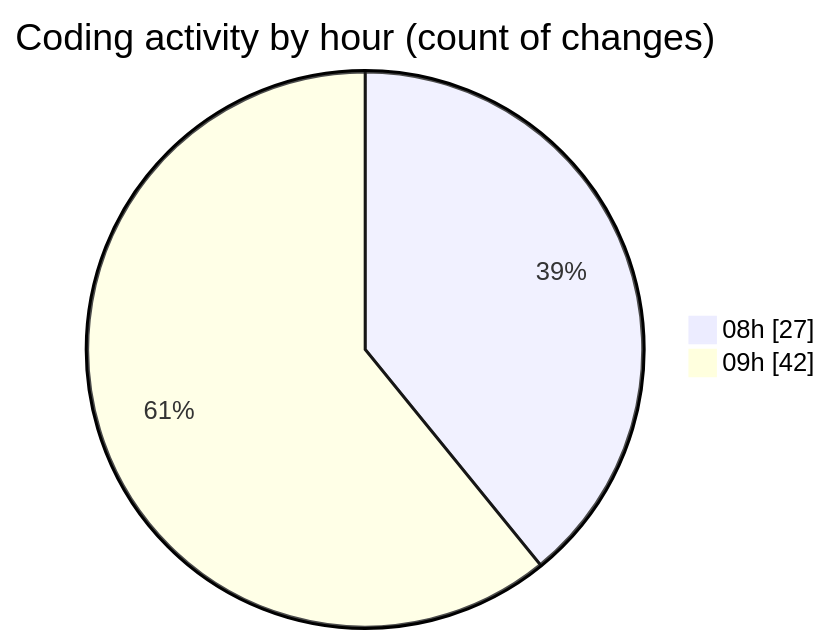
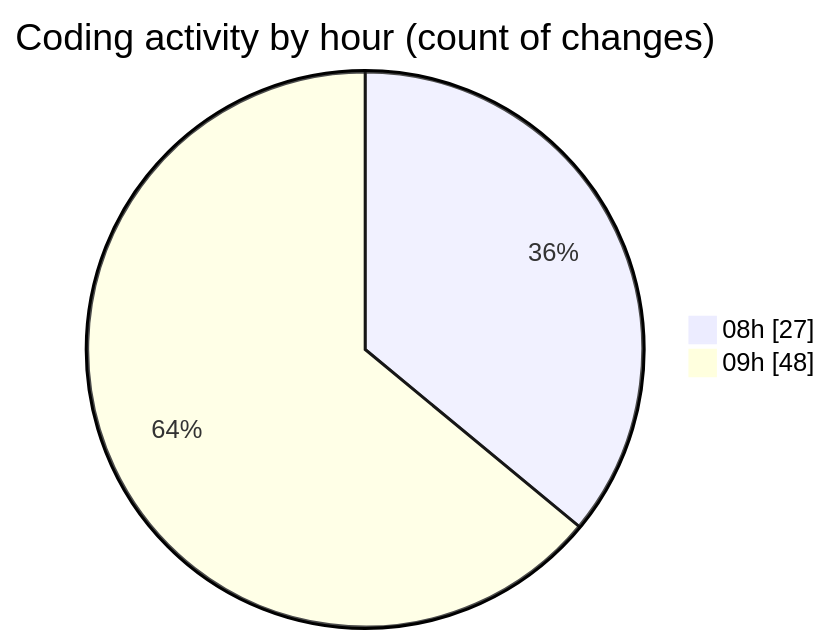
The second of 2 diagrams in 2025-01-03/nextjs-webllm/README.md (ernivani/code-tracking), drawn with Mermaid before and after one commit. The commit also changed other lines of this file and 5 other files, not shown here.

````diff
--- a/2025-01-03/nextjs-webllm/README.md
+++ b/2025-01-03/nextjs-webllm/README.md
@@ -54,6 +56,6 @@
 ```mermaid
 pie showData
 title Coding activity by hour (count of changes)
 "08h" : 27
-"09h" : 42
+"09h" : 48
 ```
````
